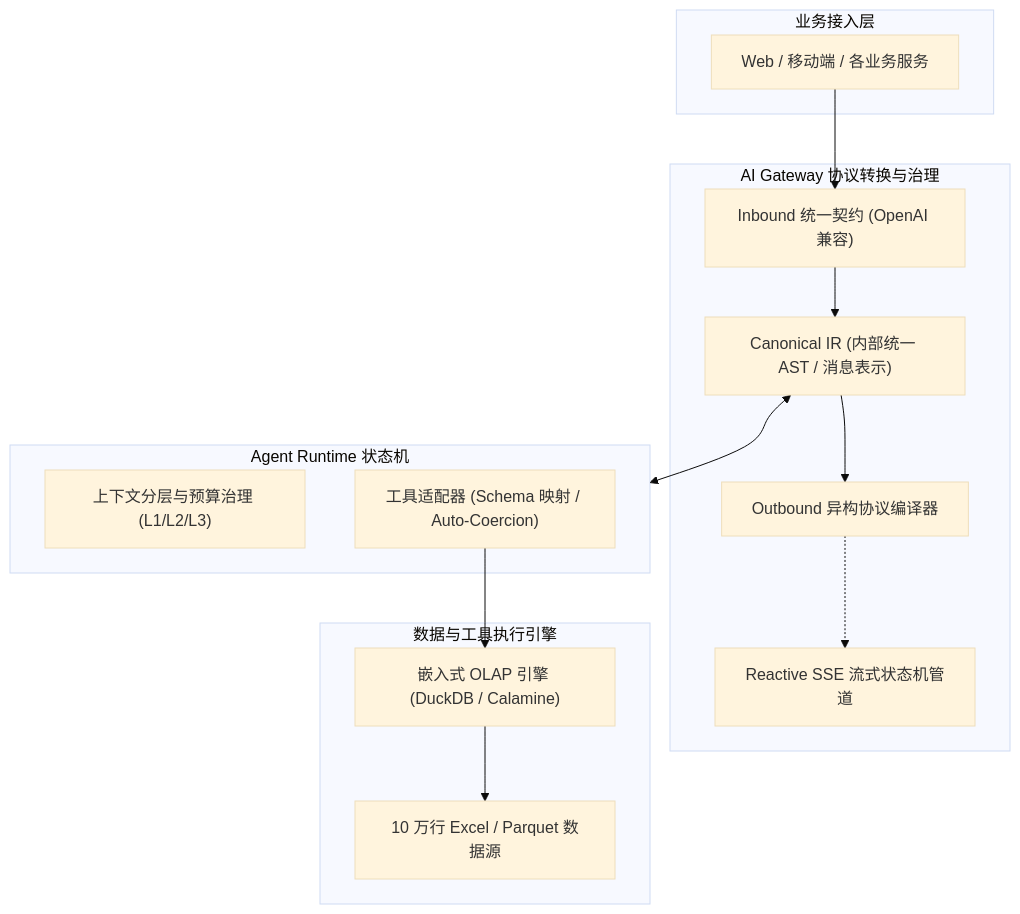
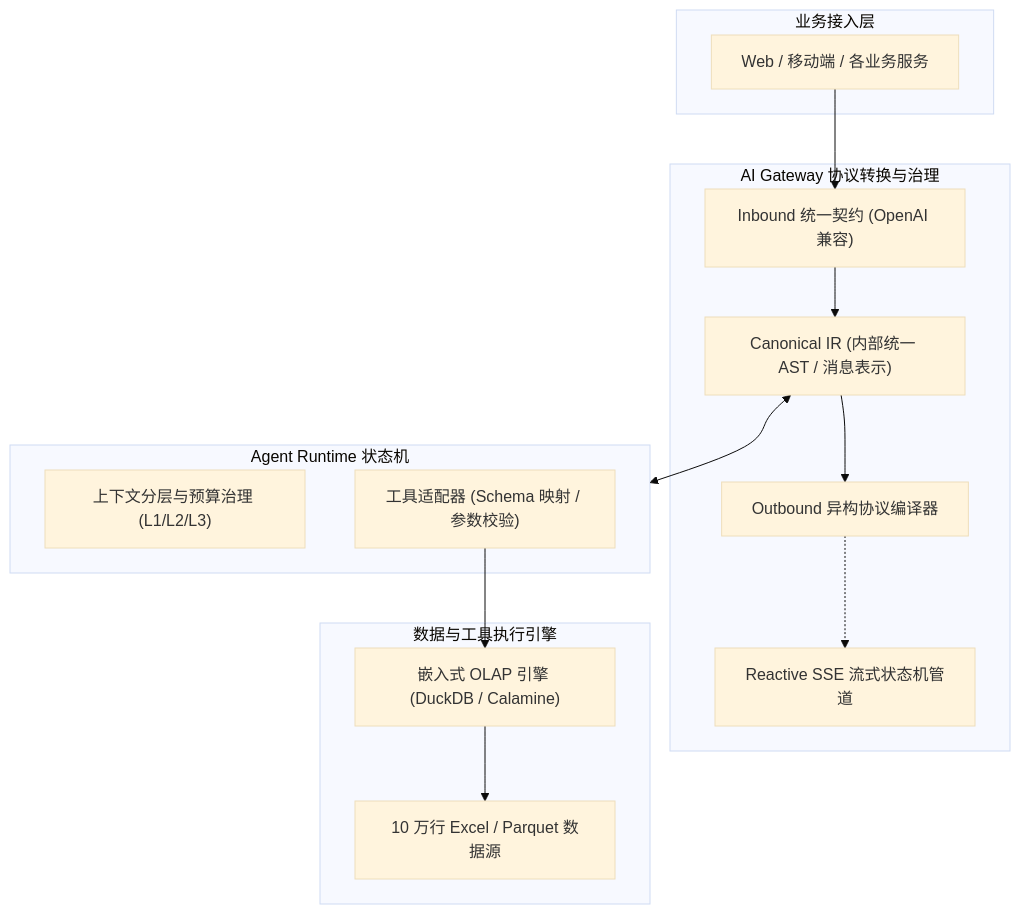
The first of 3 diagrams in src/blog/practice/2026-11-11-ai-gateway-agent-context-interview.md (zhaoge0202/zhaoge_blog), drawn with Mermaid (base theme) before and after one commit. The commit also changed other lines of this file and 44 other files, not shown here.

````diff
--- a/src/blog/practice/2026-11-11-ai-gateway-agent-context-interview.md
+++ b/src/blog/practice/2026-11-11-ai-gateway-agent-context-interview.md
@@ -32,29 +32,29 @@
 ```mermaid
 flowchart TD
     subgraph 接入层 [业务接入层]
         Client["Web / 移动端 / 各业务服务"]
     end
 
     subgraph 网关层 [AI Gateway 协议转换与治理]
         Inbound["Inbound 统一契约 (OpenAI 兼容)"]
         IR["Canonical IR (内部统一 AST / 消息表示)"]
         StreamPipe["Reactive SSE 流式状态机管道"]
         Outbound["Outbound 异构协议编译器"]
     end
 
     subgraph Agent运行时 [Agent Runtime 状态机]
         ContextMgr["上下文分层与预算治理 (L1/L2/L3)"]
-        ToolAdapter["工具适配器 (Schema 映射 / Auto-Coercion)"]
+        ToolAdapter["工具适配器 (Schema 映射 / 参数校验)"]
     end
 
     subgraph 场景引擎 [数据与工具执行引擎]
         DuckDB["嵌入式 OLAP 引擎 (DuckDB / Calamine)"]
         Data["10 万行 Excel / Parquet 数据源"]
     end
 
     Client --> Inbound
     Inbound --> IR --> Outbound
     Outbound -.-> StreamPipe
     IR <--> Agent运行时
     ToolAdapter --> DuckDB --> Data
 ```
````
